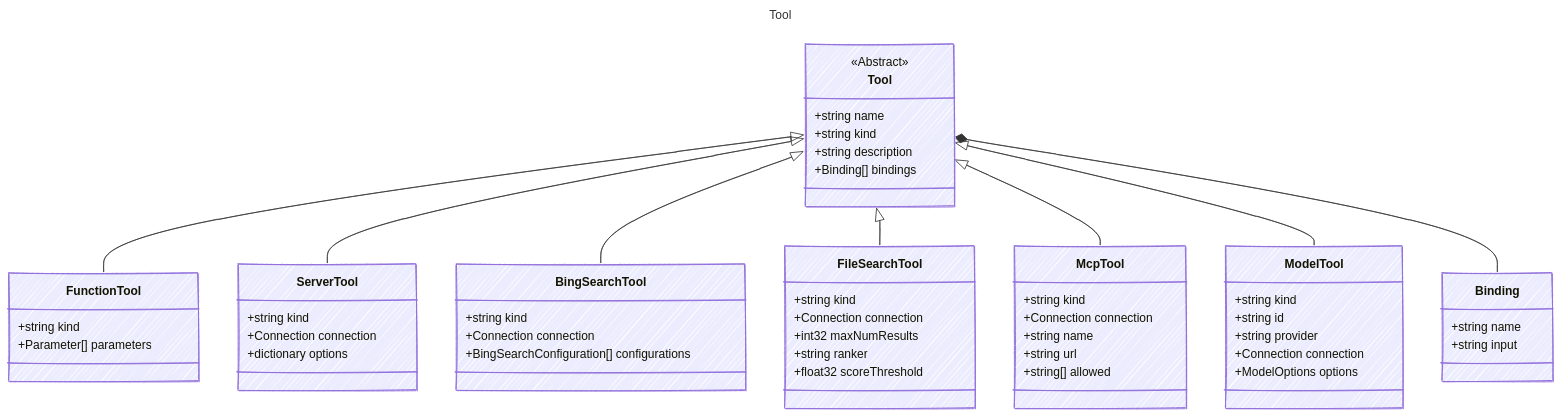
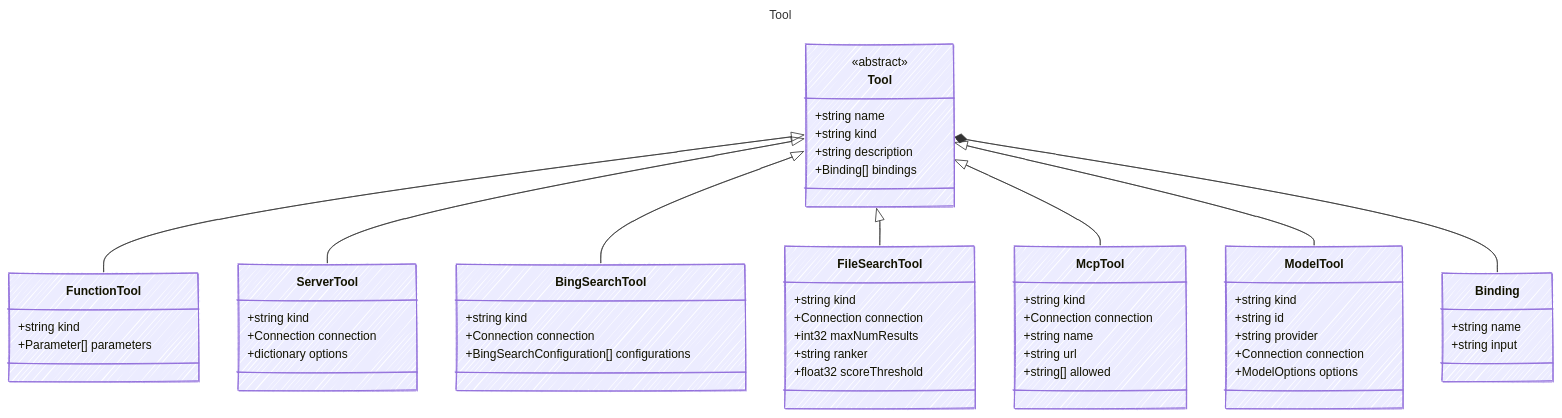
Before and after one commit to microsoft/prompty: the diagram in specification/prompty/docs/Tool.md, drawn with Mermaid. The commit also changed 37 other files, not shown here.

````diff
--- a/specification/prompty/docs/Tool.md
+++ b/specification/prompty/docs/Tool.md
@@ -7,63 +7,64 @@
 ```mermaid
 ---
 title: Tool
 config:
   look: handDrawn
   theme: colorful
   class:
     hideEmptyMembersBox: true
 ---
 classDiagram
-    class Tool<<Abstract>> {
+    class Tool {
+      <<abstract>>
         +string name
         +string kind
         +string description
         +Binding[] bindings
     }
     class FunctionTool {
         +string kind
         +Parameter[] parameters
     }
     Tool <|-- FunctionTool
     class ServerTool {
         +string kind
         +Connection connection
         +dictionary options
     }
     Tool <|-- ServerTool
     class BingSearchTool {
         +string kind
         +Connection connection
         +BingSearchConfiguration[] configurations
     }
     Tool <|-- BingSearchTool
     class FileSearchTool {
         +string kind
         +Connection connection
         +int32 maxNumResults
         +string ranker
         +float32 scoreThreshold
     }
     Tool <|-- FileSearchTool
     class McpTool {
         +string kind
         +Connection connection
         +string name
         +string url
         +string[] allowed
     }
     Tool <|-- McpTool
     class ModelTool {
         +string kind
         +string id
         +string provider
         +Connection connection
         +ModelOptions options
     }
     Tool <|-- ModelTool
     class Binding {
         +string name
         +string input
     }
     Tool *-- Binding
 ```
````
